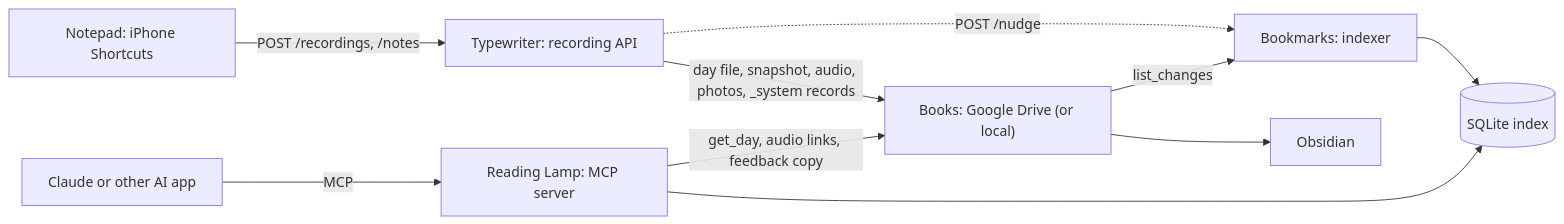
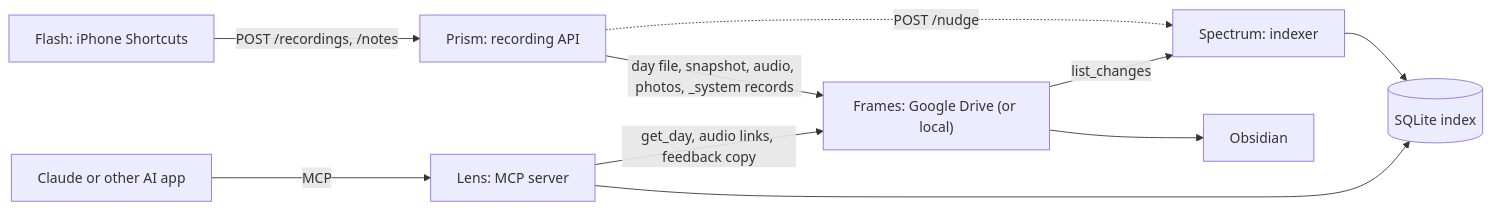
The diagram in docs/architecture.md (cbonthala/lumitrace), drawn with Mermaid before and after one commit. The commit also changed other lines of this file and 182 other files, not shown here.

First line of the commit message:
Rename project to Lumen: Flash, Prism, Frames, Spectrum, Lens

````diff
--- a/docs/architecture.md
+++ b/docs/architecture.md
@@ -7,12 +7,12 @@
 ```mermaid
 flowchart LR
-    Phone["Notepad: iPhone Shortcuts"] -->|"POST /recordings, /notes"| Typewriter["Typewriter: recording API"]
-    Typewriter -->|"day file, snapshot, audio, photos, _system records"| Books["Books: Google Drive (or local)"]
-    Typewriter -.->|"POST /nudge"| Bookmarks["Bookmarks: indexer"]
-    Books --> Obsidian["Obsidian"]
-    Books -->|"list_changes"| Bookmarks
-    Bookmarks --> Index[("SQLite index")]
-    AIApp["Claude or other AI app"] -->|MCP| Lamp["Reading Lamp: MCP server"]
-    Lamp --> Index
-    Lamp -->|"get_day, audio links, feedback copy"| Books
+    Phone["Flash: iPhone Shortcuts"] -->|"POST /recordings, /notes"| Prism["Prism: recording API"]
+    Prism -->|"day file, snapshot, audio, photos, _system records"| Frames["Frames: Google Drive (or local)"]
+    Prism -.->|"POST /nudge"| Spectrum["Spectrum: indexer"]
+    Frames --> Obsidian["Obsidian"]
+    Frames -->|"list_changes"| Spectrum
+    Spectrum --> Index[("SQLite index")]
+    AIApp["Claude or other AI app"] -->|MCP| LensNode["Lens: MCP server"]
+    LensNode --> Index
+    LensNode -->|"get_day, audio links, feedback copy"| Frames
 ```
````
